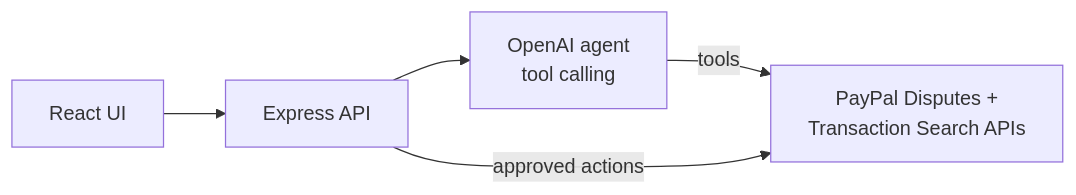
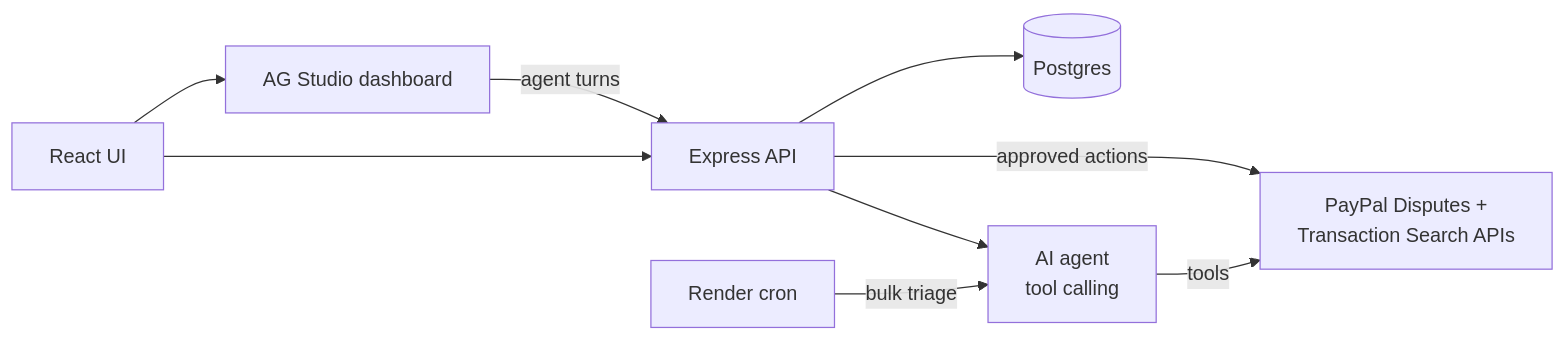
Before and after one commit to KiranFiles/DisputeDesk: the diagram in README.md, drawn with Mermaid. The commit also changed other lines of this file and 22 other files, not shown here.

Commit message:
The AG Studio dashboard and the Render setup are both built

````diff
--- a/README.md
+++ b/README.md
@@ -24,7 +24,11 @@
 ```mermaid
 flowchart LR
     UI[React UI] --> API[Express API]
-    API --> Agent[OpenAI agent<br/>tool calling]
+    UI --> Studio[AG Studio dashboard]
+    Studio -->|agent turns| API
+    API --> Agent[AI agent<br/>tool calling]
     Agent -->|tools| PP[PayPal Disputes +<br/>Transaction Search APIs]
     API -->|approved actions| PP
+    API --> DB[(Postgres)]
+    Cron[Render cron] -->|bulk triage| Agent
 ```
````
